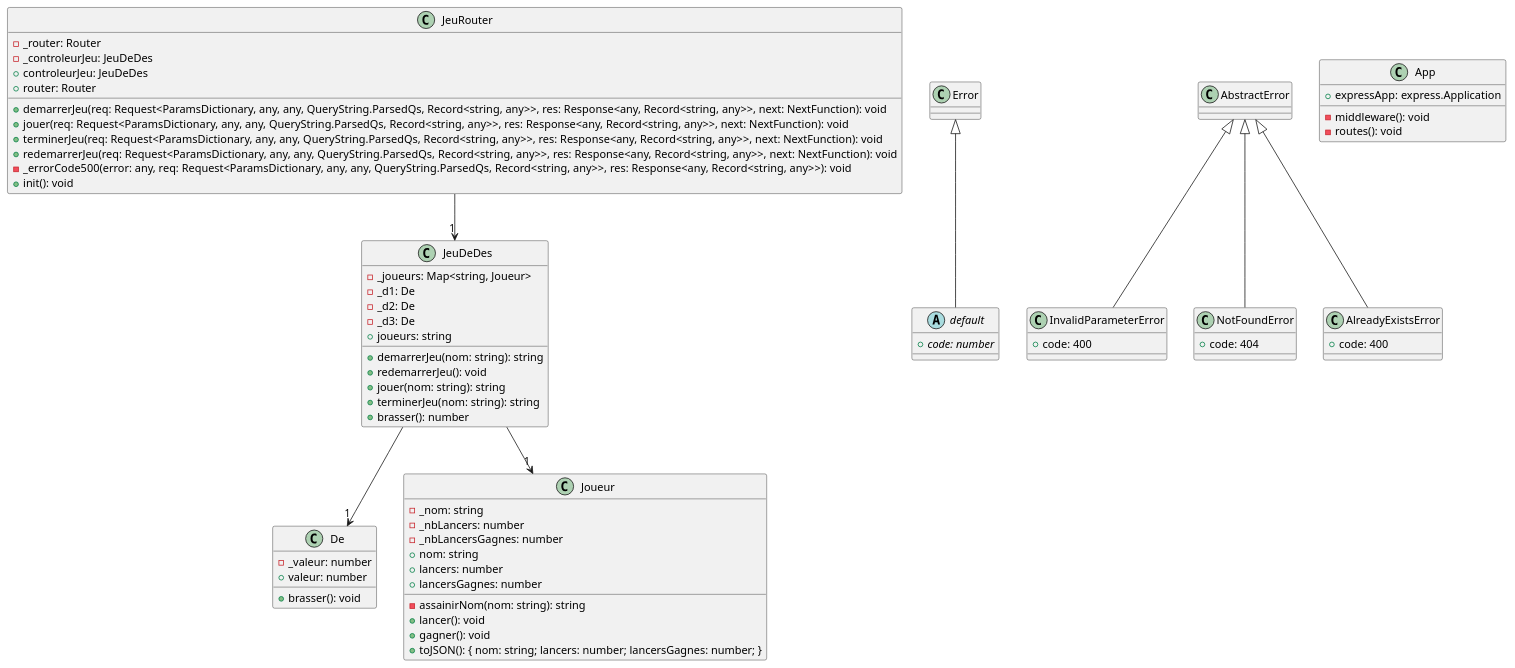
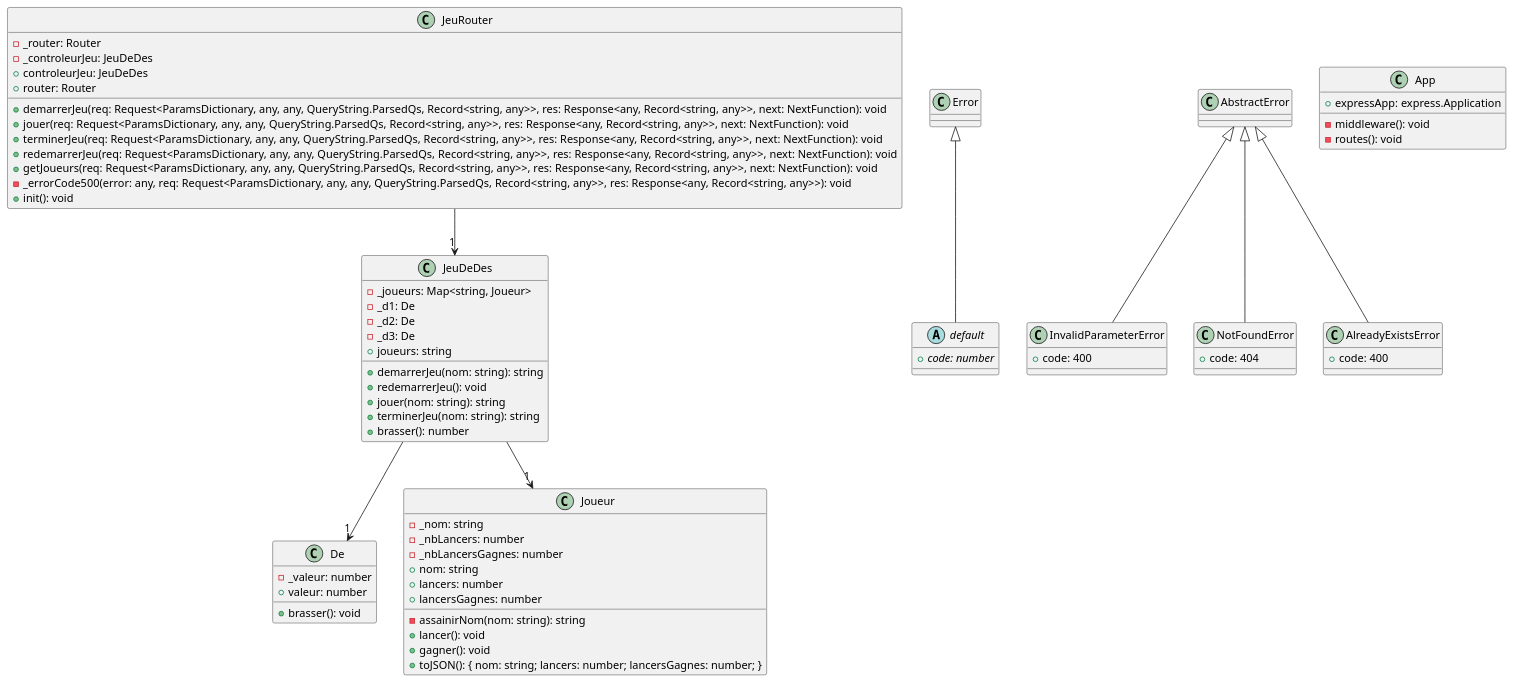
One commit to cc-probitaille/laboratoire-0-Bxssil changed the diagram in docs/modeles/App.puml. Above: the diagram before and after it, drawn with PlantUML.

Commit message:
workflow

```diff
--- a/docs/modeles/App.puml
+++ b/docs/modeles/App.puml
@@ -1,63 +1,64 @@
 @startuml
 class De {
     -_valeur: number
     +brasser(): void
     +valeur: number
 }
 abstract class default extends Error {
     +{abstract} code: number
 }
 class InvalidParameterError extends AbstractError {
     +code: 400
 }
 class Joueur {
     -_nom: string
     -_nbLancers: number
     -_nbLancersGagnes: number
     +nom: string
     -assainirNom(nom: string): string
     +lancers: number
     +lancersGagnes: number
     +lancer(): void
     +gagner(): void
     +toJSON(): { nom: string; lancers: number; lancersGagnes: number; }
 }
 class NotFoundError extends AbstractError {
     +code: 404
 }
 class AlreadyExistsError extends AbstractError {
     +code: 400
 }
 class JeuDeDes {
     -_joueurs: Map<string, Joueur>
     -_d1: De
     -_d2: De
     -_d3: De
     +demarrerJeu(nom: string): string
     +redemarrerJeu(): void
     +jouer(nom: string): string
     +terminerJeu(nom: string): string
     +brasser(): number
     +joueurs: string
 }
 class JeuRouter {
     -_router: Router
     -_controleurJeu: JeuDeDes
     +controleurJeu: JeuDeDes
     +router: Router
     +demarrerJeu(req: Request<ParamsDictionary, any, any, QueryString.ParsedQs, Record<string, any>>, res: Response<any, Record<string, any>>, next: NextFunction): void
     +jouer(req: Request<ParamsDictionary, any, any, QueryString.ParsedQs, Record<string, any>>, res: Response<any, Record<string, any>>, next: NextFunction): void
     +terminerJeu(req: Request<ParamsDictionary, any, any, QueryString.ParsedQs, Record<string, any>>, res: Response<any, Record<string, any>>, next: NextFunction): void
     +redemarrerJeu(req: Request<ParamsDictionary, any, any, QueryString.ParsedQs, Record<string, any>>, res: Response<any, Record<string, any>>, next: NextFunction): void
+    +getJoueurs(req: Request<ParamsDictionary, any, any, QueryString.ParsedQs, Record<string, any>>, res: Response<any, Record<string, any>>, next: NextFunction): void
     -_errorCode500(error: any, req: Request<ParamsDictionary, any, any, QueryString.ParsedQs, Record<string, any>>, res: Response<any, Record<string, any>>): void
     +init(): void
 }
 class App {
     +expressApp: express.Application
     -middleware(): void
     -routes(): void
 }
 JeuDeDes --> "1" Joueur
 JeuDeDes --> "1" De
 JeuRouter --> "1" JeuDeDes
 @enduml
```
